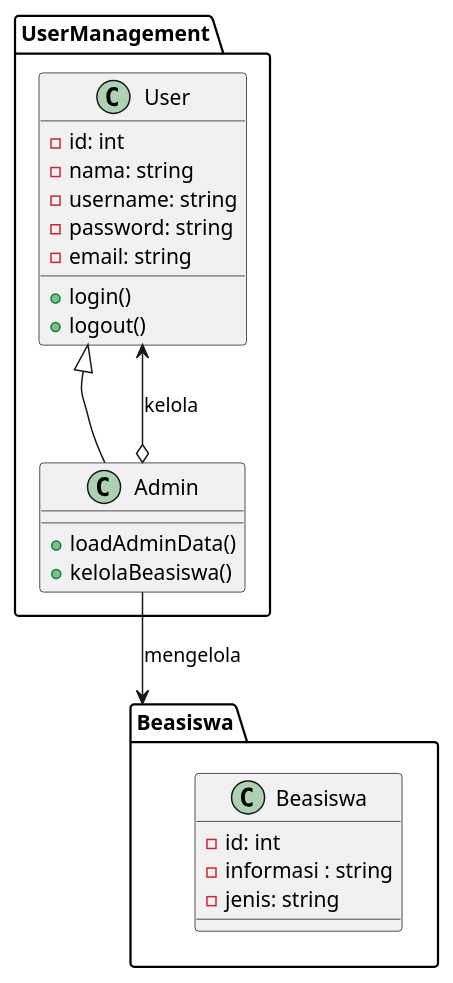
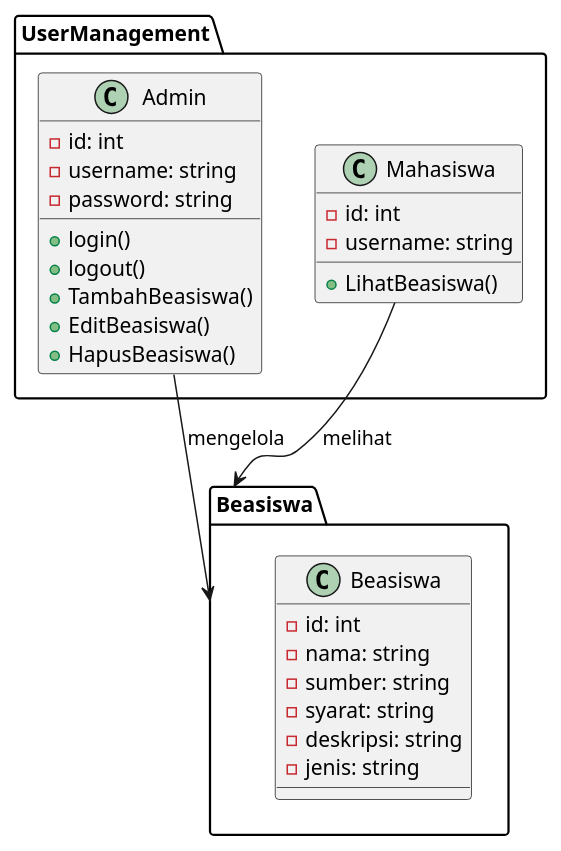
One commit to RizqiMaulana14/Project changed the diagram in class.puml. Above: the diagram before and after it, drawn with PlantUML.

```diff
--- a/class.puml
+++ b/class.puml
@@ -1,56 +1,40 @@
 @startuml
-
-'=====================================
-'            PACKAGE: USER MANAGEMENT
-'=====================================
 
 package "UserManagement" {
 
-    class User {
+    class Admin {
         - id: int
-        - nama: string
         - username: string
         - password: string
-        - email: string
         + login()
         + logout()
+        + TambahBeasiswa()
+        + EditBeasiswa()
+        + HapusBeasiswa()
     }
 
-    class Admin {
-        + loadAdminData()
-        + kelolaBeasiswa()
+    class Mahasiswa {
+        - id: int
+        - username: string
+        + LihatBeasiswa()
     }
 
-    User <|-- Admin
 }
-
-'=====================================
-'            PACKAGE: INVENTORY
-'=====================================
-'
-
-'=====================================
-'            PACKAGE: RENTAL SYSTEM
-'=====================================
 
 package "Beasiswa" {
 
     class Beasiswa {
         - id: int
-        - informasi : string
+        - nama: string
+        - sumber: string
+        - syarat: string
+        - deskripsi: string
         - jenis: string
     }
 }
 
-'=====================================
-'             RELATIONS
-'=====================================
-
-'Pelanggan --> Rental : melakukan 
-'Rental --> PlayStation : menggunakan 
 Admin --> Beasiswa : mengelola 
 
-Admin o--> User : kelola 
-'Admin o--> PlayStation : kelola 
+Mahasiswa --> Beasiswa : melihat 
 
 @enduml
```
